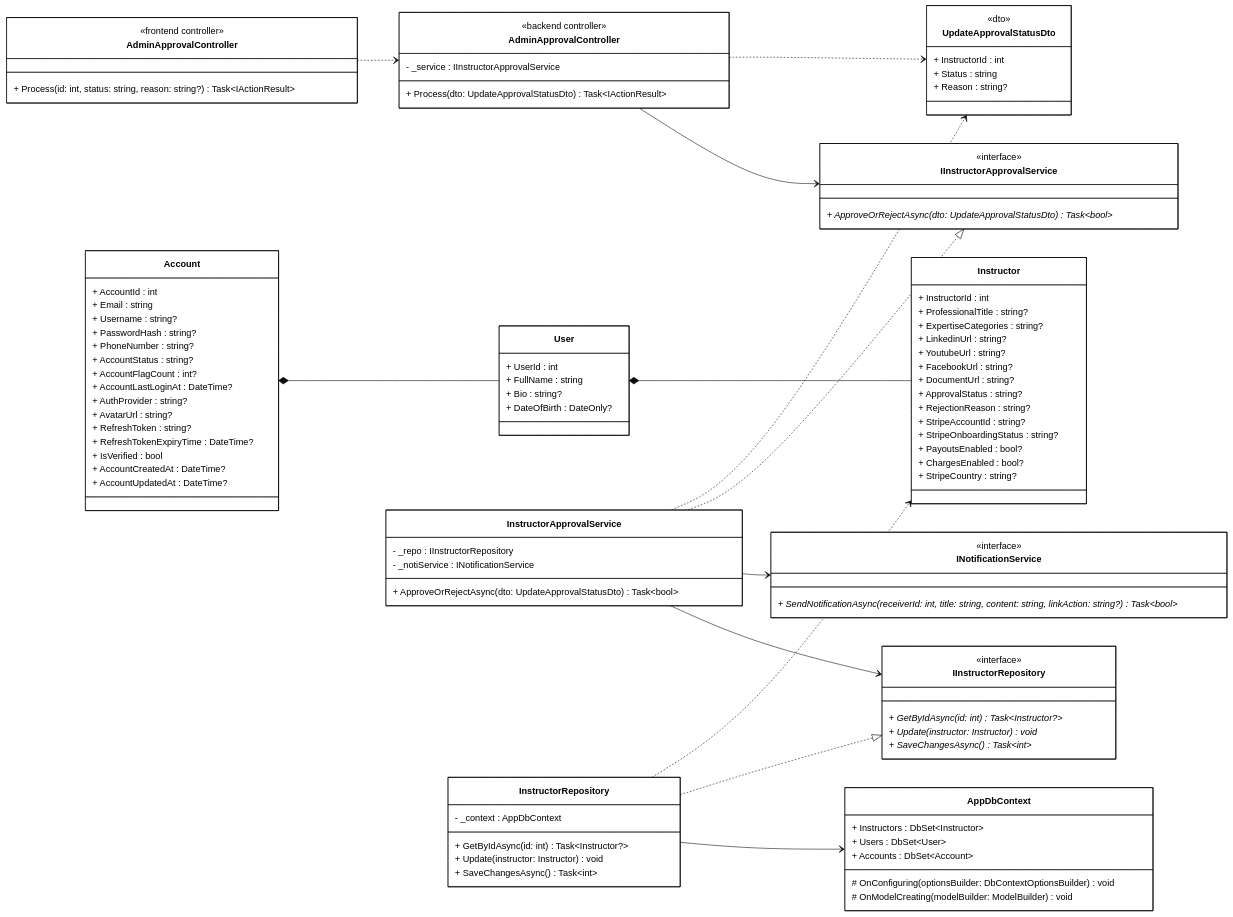
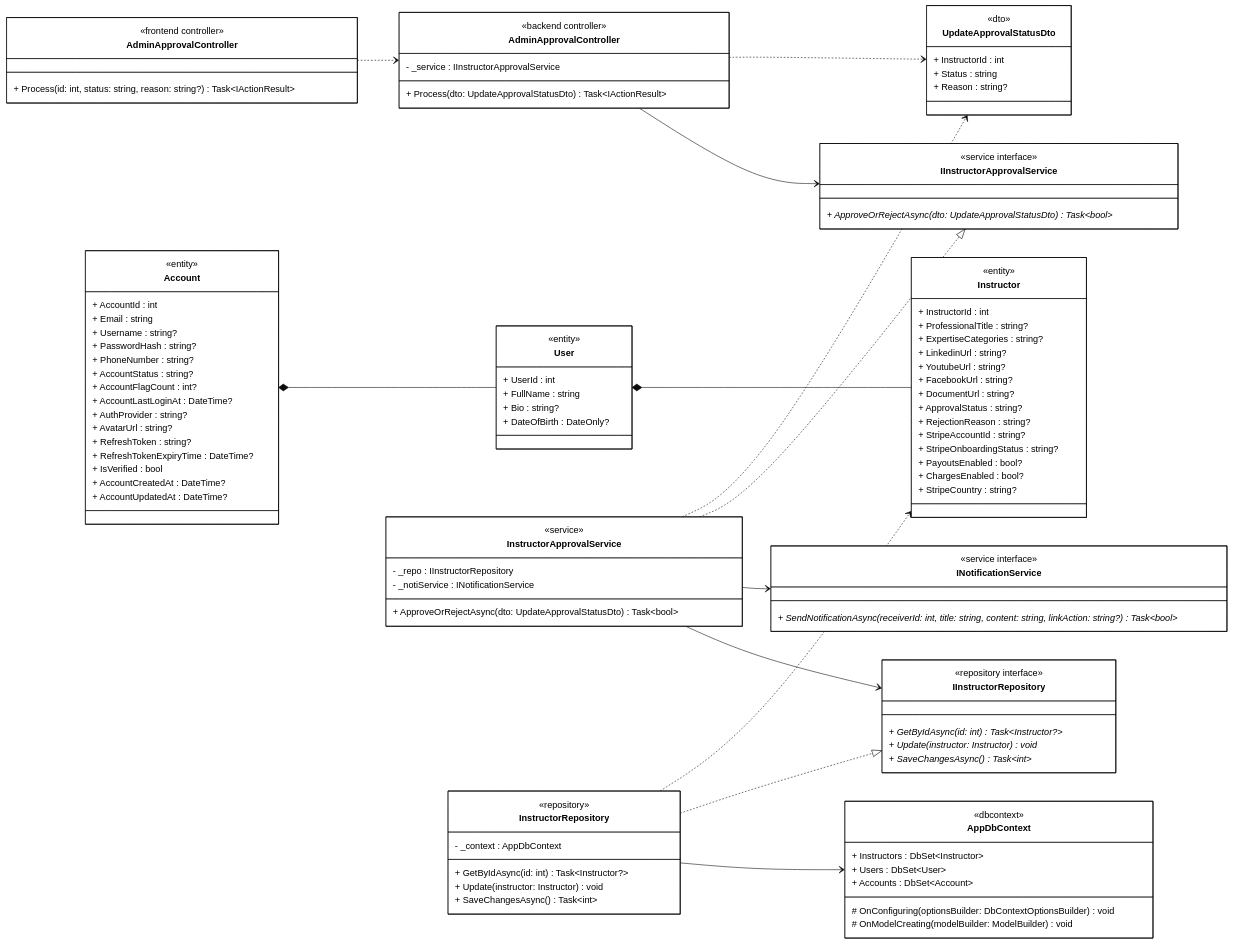
Before and after one commit to 1000do/Linked: the diagram in diagrams/class_mermaid/manage_instructor_application/cls_mm_reject_instructor_application.mmd, drawn with Mermaid (base theme). The commit also changed 34 other files, not shown here.

Commit message:
docs: generate mermaid class diagrams and plantuml sequence diagrams for chat, notification, cart, and instructor application features

```diff
--- a/diagrams/class_mermaid/manage_instructor_application/cls_mm_reject_instructor_application.mmd
+++ b/diagrams/class_mermaid/manage_instructor_application/cls_mm_reject_instructor_application.mmd
@@ -1,145 +1,151 @@
 classDiagram
 direction LR
 
 %% ==================== FRONTEND ====================
 
 class AdminApprovalControllerFE["AdminApprovalController"] {
     <<frontend controller>>
     + Process(id: int, status: string, reason: string?) Task~IActionResult~
 }
 
 %% ==================== BACKEND - CONTROLLER ====================
 
 class AdminApprovalControllerBE["AdminApprovalController"] {
     <<backend controller>>
     - _service : IInstructorApprovalService
     + Process(dto: UpdateApprovalStatusDto) Task~IActionResult~
 }
 
 %% ==================== BACKEND - DTOs ====================
 
 class UpdateApprovalStatusDto {
     <<dto>>
     + InstructorId : int
     + Status : string
     + Reason : string?
 }
 
 %% ==================== BACKEND - DOMAIN ENTITIES ====================
 
 class Instructor {
+    <<entity>>
     + InstructorId : int
     + ProfessionalTitle : string?
     + ExpertiseCategories : string?
     + LinkedinUrl : string?
     + YoutubeUrl : string?
     + FacebookUrl : string?
     + DocumentUrl : string?
     + ApprovalStatus : string?
     + RejectionReason : string?
     + StripeAccountId : string?
     + StripeOnboardingStatus : string?
     + PayoutsEnabled : bool?
     + ChargesEnabled : bool?
     + StripeCountry : string?
 }
 
 class User {
+    <<entity>>
     + UserId : int
     + FullName : string
     + Bio : string?
     + DateOfBirth : DateOnly?
 }
 
 class Account {
+    <<entity>>
     + AccountId : int
     + Email : string
     + Username : string?
     + PasswordHash : string?
     + PhoneNumber : string?
     + AccountStatus : string?
     + AccountFlagCount : int?
     + AccountLastLoginAt : DateTime?
     + AuthProvider : string?
     + AvatarUrl : string?
     + RefreshToken : string?
     + RefreshTokenExpiryTime : DateTime?
     + IsVerified : bool
     + AccountCreatedAt : DateTime?
     + AccountUpdatedAt : DateTime?
 }
 
 %% ==================== BACKEND - SERVICE INTERFACES ====================
 
 class IInstructorApprovalService {
-    <<interface>>
+    <<service interface>>
     + ApproveOrRejectAsync(dto: UpdateApprovalStatusDto) Task~bool~ *
 }
 
 class INotificationService {
-    <<interface>>
+    <<service interface>>
     + SendNotificationAsync(receiverId: int, title: string, content: string, linkAction: string?) Task~bool~ *
 }
 
 %% ==================== BACKEND - REPOSITORY INTERFACES ====================
 
 class IInstructorRepository {
-    <<interface>>
+    <<repository interface>>
     + GetByIdAsync(id: int) Task~Instructor?~ *
     + Update(instructor: Instructor) void *
     + SaveChangesAsync() Task~int~ *
 }
 
 %% ==================== BACKEND - SERVICE IMPLEMENTATION ====================
 
 class InstructorApprovalService {
+    <<service>>
     - _repo : IInstructorRepository
     - _notiService : INotificationService
     + ApproveOrRejectAsync(dto: UpdateApprovalStatusDto) Task~bool~
 }
 
 %% ==================== BACKEND - REPOSITORY IMPLEMENTATION ====================
 
 class InstructorRepository {
+    <<repository>>
     - _context : AppDbContext
     + GetByIdAsync(id: int) Task~Instructor?~
     + Update(instructor: Instructor) void
     + SaveChangesAsync() Task~int~
 }
 
 %% ==================== BACKEND - DbContext ====================
 
 class AppDbContext {
+    <<dbcontext>>
     + Instructors : DbSet~Instructor~
     + Users : DbSet~User~
     + Accounts : DbSet~Account~
     
     # OnConfiguring(optionsBuilder: DbContextOptionsBuilder) void
     # OnModelCreating(modelBuilder: ModelBuilder) void
 }
 
 %% ==================== RELATIONSHIPS ====================
 
 %% === COMPOSITION ===
 Account *-- User
 User *-- Instructor
 
 %% === UNIDIRECTIONAL ASSOCIATION ===
 AdminApprovalControllerBE --> IInstructorApprovalService
 InstructorApprovalService --> IInstructorRepository
 InstructorApprovalService --> INotificationService
 InstructorRepository --> AppDbContext
 
 %% === INTERFACE REALIZATION ===
 InstructorApprovalService ..|> IInstructorApprovalService
 InstructorRepository ..|> IInstructorRepository
 
 %% === DEPENDENCY ===
 AdminApprovalControllerFE ..> AdminApprovalControllerBE
 AdminApprovalControllerBE ..> UpdateApprovalStatusDto
 InstructorApprovalService ..> UpdateApprovalStatusDto
 InstructorRepository ..> Instructor
 
 %% ==================== STYLES ====================
 
 classDef default fill:#FFFFFF,stroke:#000000,stroke-width:1px,color:#000000
```
